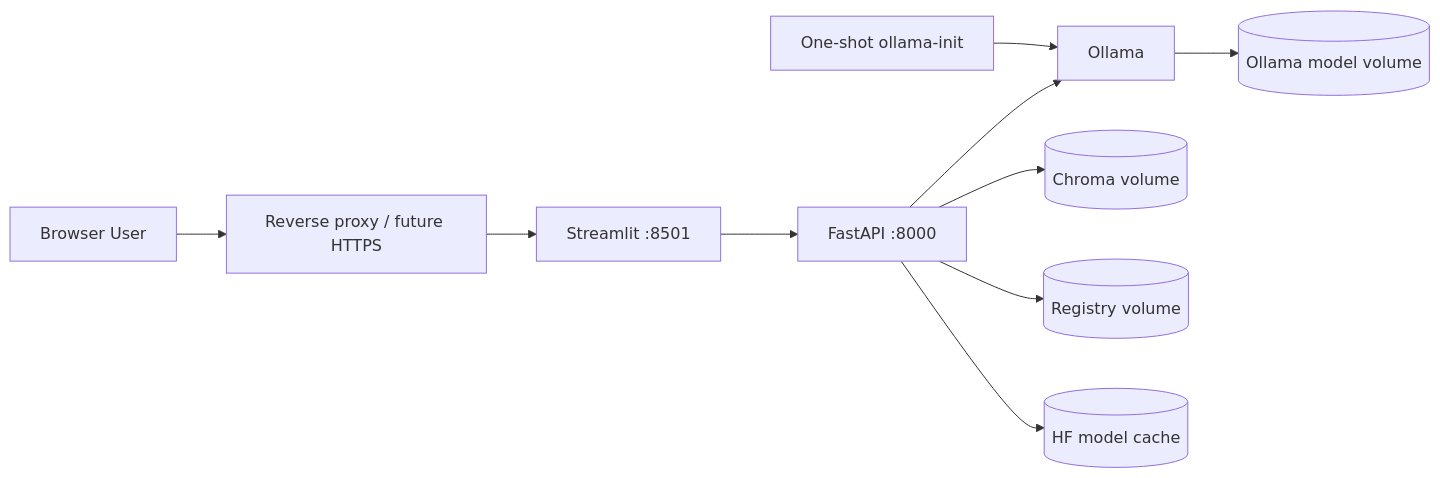
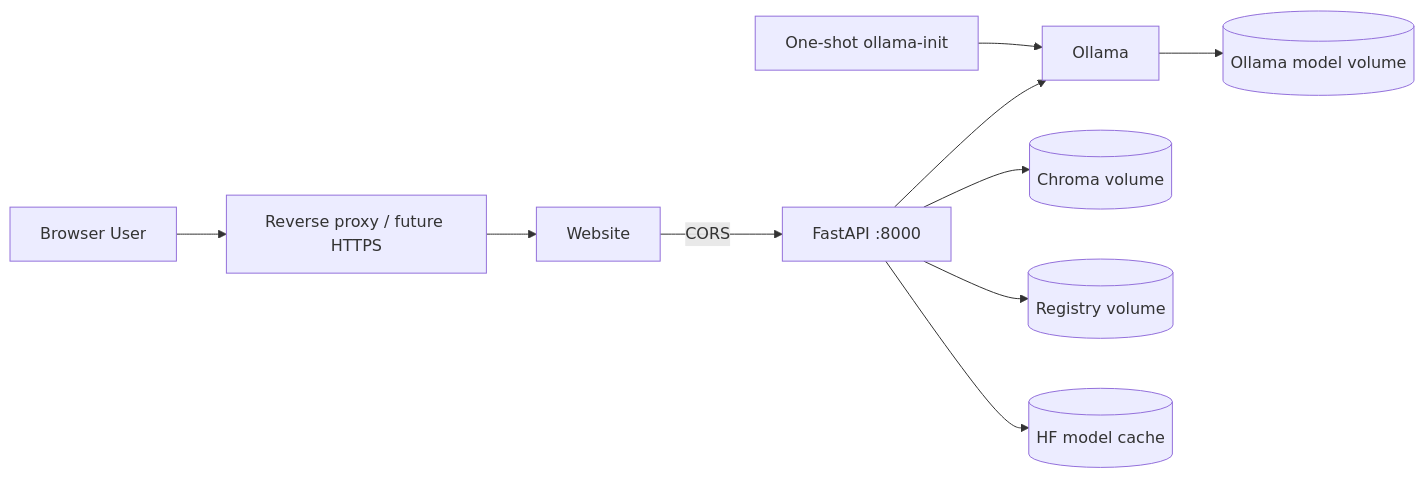
Before and after one commit to Md-Faiz-Alam/docqna: the sixth of 6 diagrams in docs/architecture.md, drawn with Mermaid. The commit also changed other lines of this file and 22 other files, not shown here.

````diff
--- a/docs/architecture.md
+++ b/docs/architecture.md
@@ -221,12 +221,12 @@
 ```mermaid
 flowchart LR
     USER[Browser User] --> RP[Reverse proxy / future HTTPS]
-    RP --> ST[Streamlit :8501]
-    ST --> API[FastAPI :8000]
+    RP --> ST[Website]
+    ST -->|CORS| API[FastAPI :8000]
     API --> OLL[Ollama]
     API --> VOL1[(Chroma volume)]
     API --> VOL2[(Registry volume)]
     API --> HFC[(HF model cache)]
     OLL --> OLLV[(Ollama model volume)]
     INIT[One-shot ollama-init] --> OLL
 ```
````
